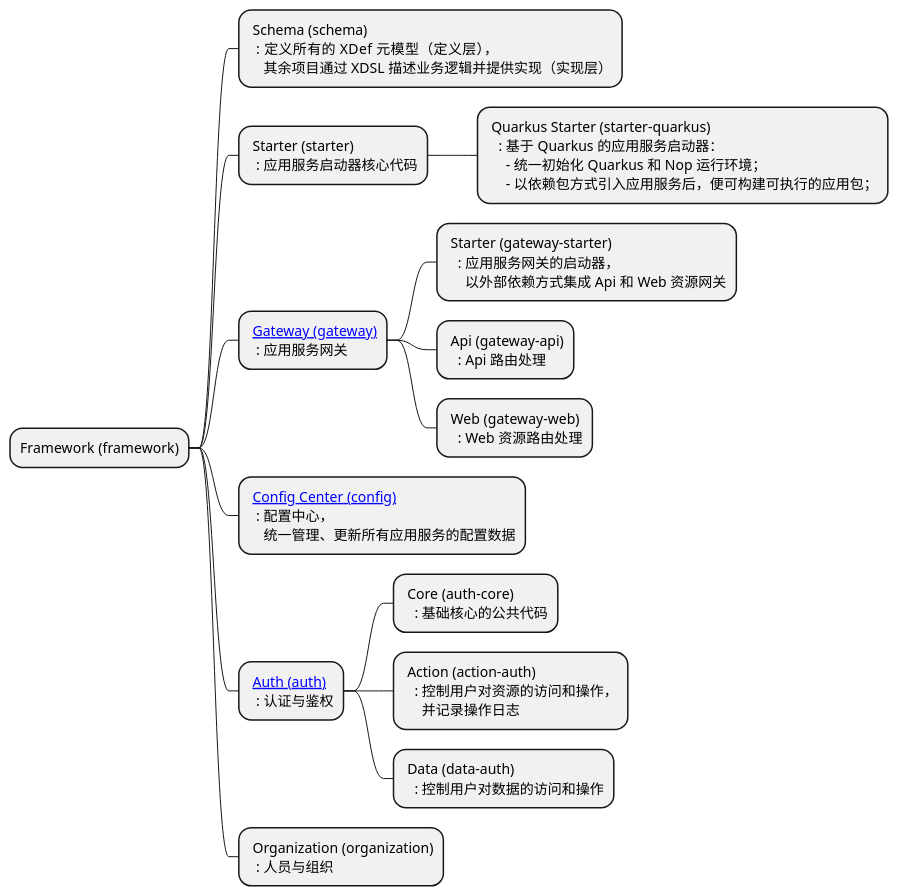
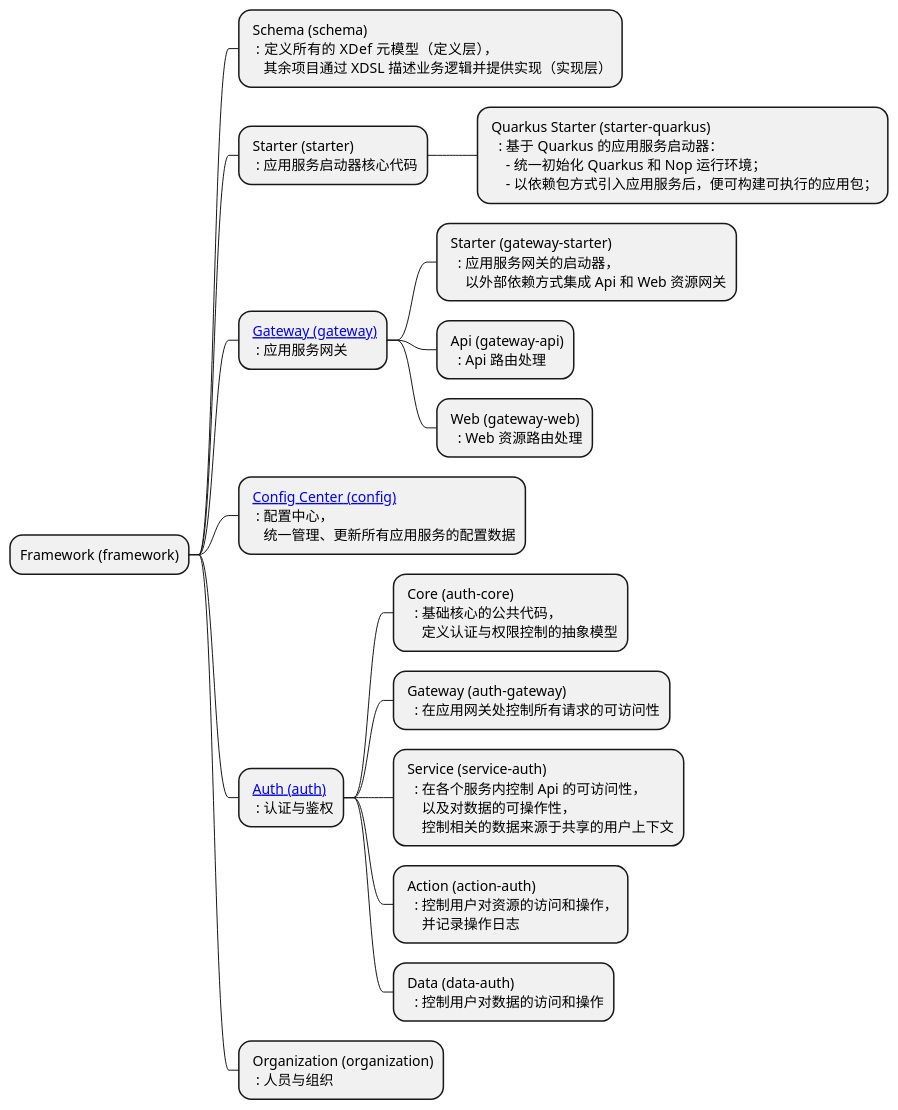
The diagram in docs/100.development/200.framework/500.backend/index.md (crazydan-studio/duzhou.crazydan.io), drawn with PlantUML before and after one commit. The commit also changed 3 other files, not shown here.

````diff
--- a/docs/100.development/200.framework/500.backend/index.md
+++ b/docs/100.development/200.framework/500.backend/index.md
@@ -12,43 +12,50 @@
 ```plantuml
 @startmindmap
 * Framework (framework)
 
 **: Schema (schema)
   : 定义所有的 XDef 元模型（定义层），
     其余项目通过 XDSL 描述业务逻辑并提供实现（实现层）;
 
 **: Starter (starter)
   : 应用服务启动器核心代码;
 ***: Quarkus Starter (starter-quarkus)
    : 基于 Quarkus 的应用服务启动器：
      - 统一初始化 Quarkus 和 Nop 运行环境；
      - 以依赖包方式引入应用服务后，便可构建可执行的应用包；;
 
 **: [[./gateway Gateway (gateway)]]
   : 应用服务网关;
 ***: Starter (gateway-starter)
    : 应用服务网关的启动器，
      以外部依赖方式集成 Api 和 Web 资源网关;
 ***: Api (gateway-api)
    : Api 路由处理;
 ***: Web (gateway-web)
    : Web 资源路由处理;
 
 **: [[./config Config Center (config)]]
   : 配置中心，
     统一管理、更新所有应用服务的配置数据;
 
 **: [[./auth Auth (auth)]]
   : 认证与鉴权;
 ***: Core (auth-core)
-   : 基础核心的公共代码;
+   : 基础核心的公共代码，
+     定义认证与权限控制的抽象模型;
+***: Gateway (auth-gateway)
+   : 在应用网关处控制所有请求的可访问性;
+***: Service (service-auth)
+   : 在各个服务内控制 Api 的可访问性，
+     以及对数据的可操作性，
+     控制相关的数据来源于共享的用户上下文;
 ***: Action (action-auth)
    : 控制用户对资源的访问和操作，
      并记录操作日志;
 ***: Data (data-auth)
    : 控制用户对数据的访问和操作;
 
 **: Organization (organization)
   : 人员与组织;
 @endmindmap
 ```
````
